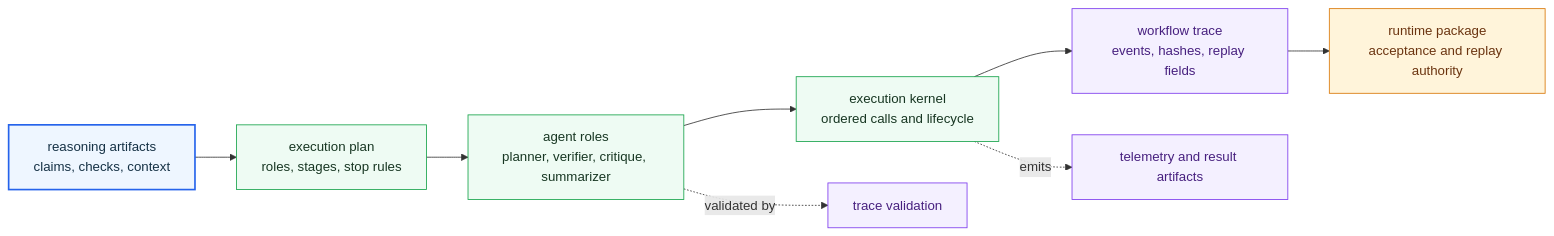
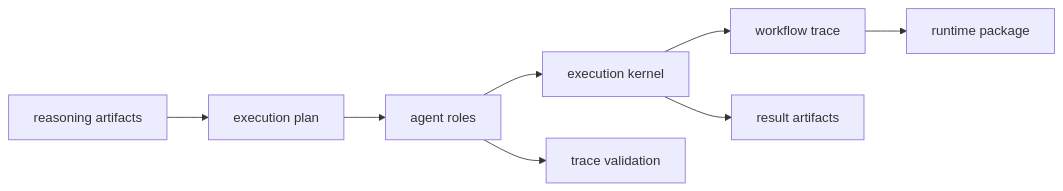
The diagram in docs/05-bijux-canon-agent/index.md (bijux/bijux-canon), drawn with Mermaid before and after one commit. The commit also changed other lines of this file, not shown here.

Commit message:
docs(agent): simplify orchestration handbook map

````diff
--- a/docs/05-bijux-canon-agent/index.md
+++ b/docs/05-bijux-canon-agent/index.md
@@ -23,22 +23,15 @@
 ```mermaid
 flowchart LR
-    inputs["reasoning artifacts<br/>claims, checks, context"]
-    plan["execution plan<br/>roles, stages, stop rules"]
-    roles["agent roles<br/>planner, verifier, critique, summarizer"]
-    kernel["execution kernel<br/>ordered calls and lifecycle"]
-    trace["workflow trace<br/>events, hashes, replay fields"]
-    runtime["runtime package<br/>acceptance and replay authority"]
+    inputs["reasoning artifacts"]
+    plan["execution plan"]
+    roles["agent roles"]
+    kernel["execution kernel"]
+    trace["workflow trace"]
+    validation["trace validation"]
+    telemetry["result artifacts"]
+    runtime["runtime package"]
 
     inputs --> plan --> roles --> kernel --> trace --> runtime
-    roles -. validated by .-> validation["trace validation"]
-    kernel -. emits .-> telemetry["telemetry and result artifacts"]
-
-    classDef page fill:#eef6ff,stroke:#2563eb,color:#153145,stroke-width:2px;
-    classDef positive fill:#eefbf3,stroke:#16a34a,color:#173622;
-    classDef anchor fill:#f4f0ff,stroke:#7c3aed,color:#47207f;
-    classDef action fill:#fff4da,stroke:#d97706,color:#6b3410;
-    class inputs page;
-    class plan,roles,kernel positive;
-    class trace,validation,telemetry anchor;
-    class runtime action;
+    roles --> validation
+    kernel --> telemetry
 ```
````
